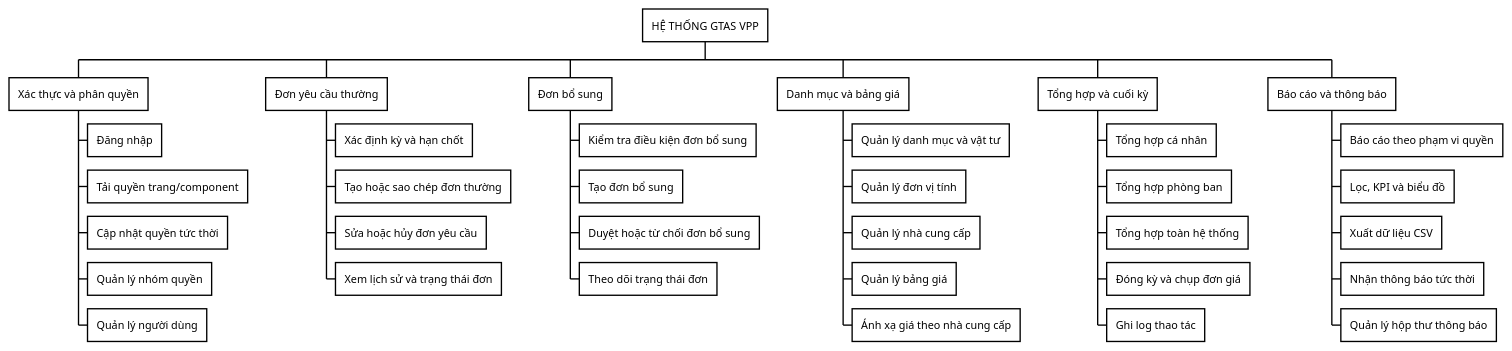
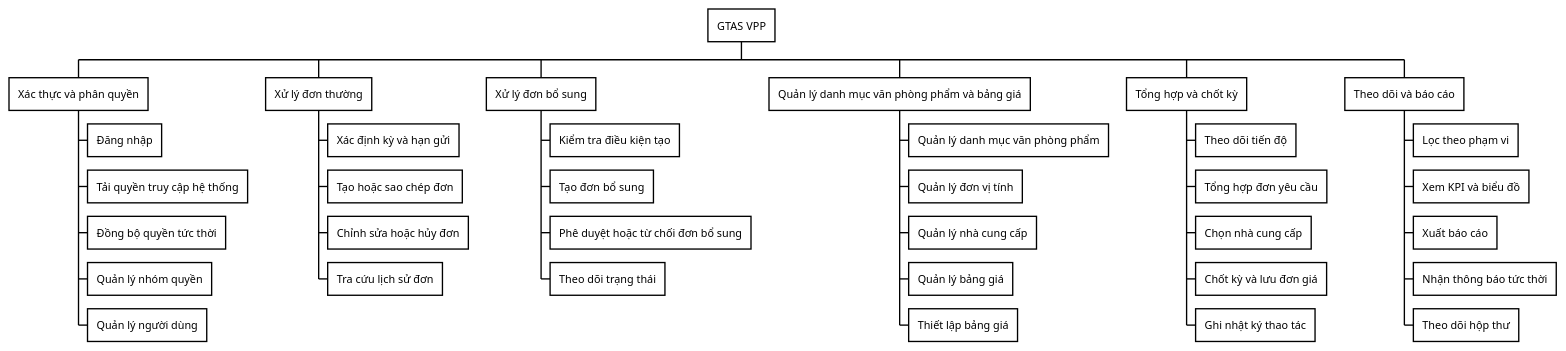
Before and after one commit to Miikey24s/gtas_vpp: the diagram in LVTN/diagrams/ch02/functional-decomposition.puml, drawn with PlantUML. The commit also changed 192 other files, not shown here.

```diff
--- a/LVTN/diagrams/ch02/functional-decomposition.puml
+++ b/LVTN/diagrams/ch02/functional-decomposition.puml
@@ -1,55 +1,55 @@
 @startwbs
 ' Nội dung nguồn của Hình 2-2.
 ' Bố cục cố định giống hình mẫu được xuất bởi functional-decomposition-layout.py.
 <style>
 wbsDiagram {
   BackgroundColor white
   LineColor black
   FontName Arial
   FontColor black
   node {
     BackgroundColor white
     LineColor black
     FontName Arial
     FontColor black
   }
 }
 </style>
 
-* HỆ THỐNG GTAS VPP
+* GTAS VPP
 ** Xác thực và phân quyền
 *** Đăng nhập
-*** Tải quyền trang/component
-*** Cập nhật quyền tức thời
+*** Tải quyền truy cập hệ thống
+*** Đồng bộ quyền tức thời
 *** Quản lý nhóm quyền
 *** Quản lý người dùng
-** Đơn yêu cầu thường
-*** Xác định kỳ và hạn chốt
-*** Tạo hoặc sao chép đơn thường
-*** Sửa hoặc hủy đơn yêu cầu
-*** Xem lịch sử và trạng thái đơn
-** Đơn bổ sung
-*** Kiểm tra điều kiện đơn bổ sung
+** Xử lý đơn thường
+*** Xác định kỳ và hạn gửi
+*** Tạo hoặc sao chép đơn
+*** Chỉnh sửa hoặc hủy đơn
+*** Tra cứu lịch sử đơn
+** Xử lý đơn bổ sung
+*** Kiểm tra điều kiện tạo
 *** Tạo đơn bổ sung
-*** Duyệt hoặc từ chối đơn bổ sung
-*** Theo dõi trạng thái đơn
-** Danh mục và bảng giá
-*** Quản lý danh mục và vật tư
+*** Phê duyệt hoặc từ chối đơn bổ sung
+*** Theo dõi trạng thái
+** Quản lý danh mục văn phòng phẩm và bảng giá
+*** Quản lý danh mục văn phòng phẩm
 *** Quản lý đơn vị tính
 *** Quản lý nhà cung cấp
 *** Quản lý bảng giá
-*** Ánh xạ giá theo nhà cung cấp
-** Tổng hợp và cuối kỳ
-*** Tổng hợp cá nhân
-*** Tổng hợp phòng ban
-*** Tổng hợp toàn hệ thống
-*** Đóng kỳ và chụp đơn giá
-*** Ghi log thao tác
-** Báo cáo và thông báo
-*** Báo cáo theo phạm vi quyền
-*** Lọc, KPI và biểu đồ
-*** Xuất dữ liệu CSV
+*** Thiết lập bảng giá
+** Tổng hợp và chốt kỳ
+*** Theo dõi tiến độ
+*** Tổng hợp đơn yêu cầu
+*** Chọn nhà cung cấp
+*** Chốt kỳ và lưu đơn giá
+*** Ghi nhật ký thao tác
+** Theo dõi và báo cáo
+*** Lọc theo phạm vi
+*** Xem KPI và biểu đồ
+*** Xuất báo cáo
 *** Nhận thông báo tức thời
-*** Quản lý hộp thư thông báo
+*** Theo dõi hộp thư
 
 @endwbs
```
